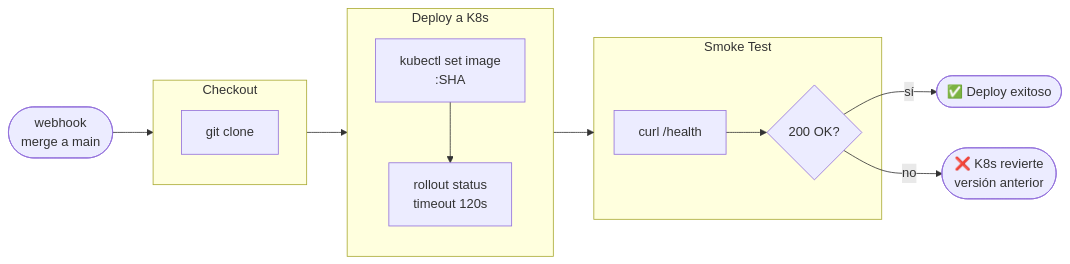
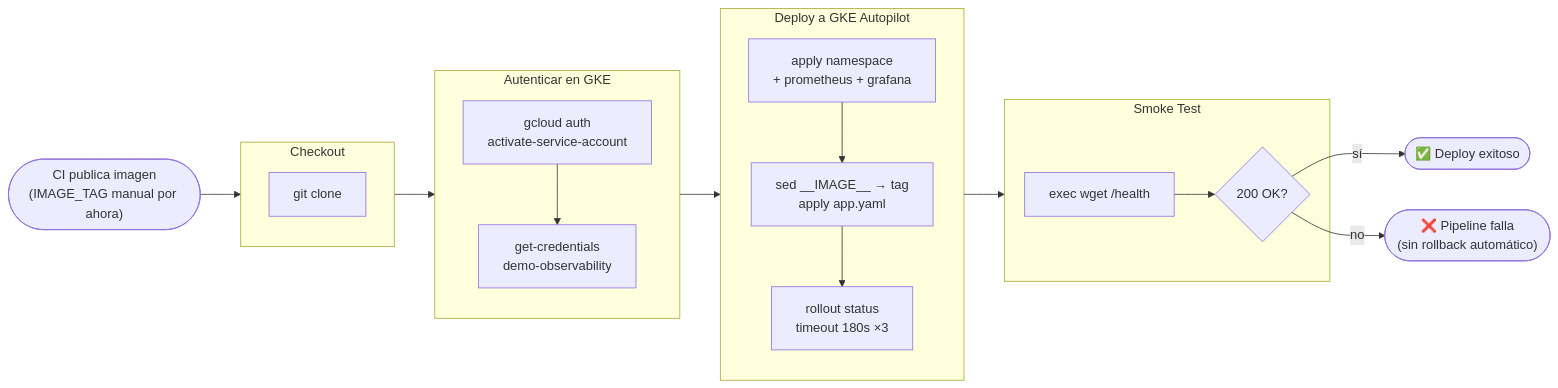
One commit to MAS-SABANA/MAS-01-DEVOPS-03-CICD changed the third of 4 diagrams in README.md. Above: the diagram before and after it, drawn with Mermaid. The commit also changed other lines of this file, not shown here.

Commit message:
docs: update README with GKE Autopilot deployment details and monitoring setup

````diff
--- a/README.md
+++ b/README.md
@@ -166,23 +181,29 @@
 ```mermaid
 flowchart LR
-  webhook(["webhook\nmerge a main"]) --> checkout
+  trigger(["CI publica imagen\n(IMAGE_TAG manual por ahora)"]) --> checkout
 
   subgraph checkout["Checkout"]
     c1[git clone]
   end
 
-  checkout --> deploy
+  checkout --> auth
 
-  subgraph deploy["Deploy a K8s"]
-    d1[kubectl set image\n:SHA] --> d2[rollout status\ntimeout 120s]
+  subgraph auth["Autenticar en GKE"]
+    a1[gcloud auth\nactivate-service-account] --> a2[get-credentials\ndemo-observability]
+  end
+
+  auth --> deploy
+
+  subgraph deploy["Deploy a GKE Autopilot"]
+    d1[apply namespace\n+ prometheus + grafana] --> d2["sed __IMAGE__ → tag\napply app.yaml"] --> d3[rollout status\ntimeout 180s ×3]
   end
 
   deploy --> smoke
 
   subgraph smoke["Smoke Test"]
-    sm1[curl /health] --> sm2{200 OK?}
+    sm1["exec wget /health"] --> sm2{200 OK?}
   end
 
   sm2 -->|"sí"| ok(["✅ Deploy exitoso"])
-  sm2 -->|"no"| fail(["❌ K8s revierte\nversión anterior"])
+  sm2 -->|"no"| fail(["❌ Pipeline falla\n(sin rollback automático)"])
 ```
````
